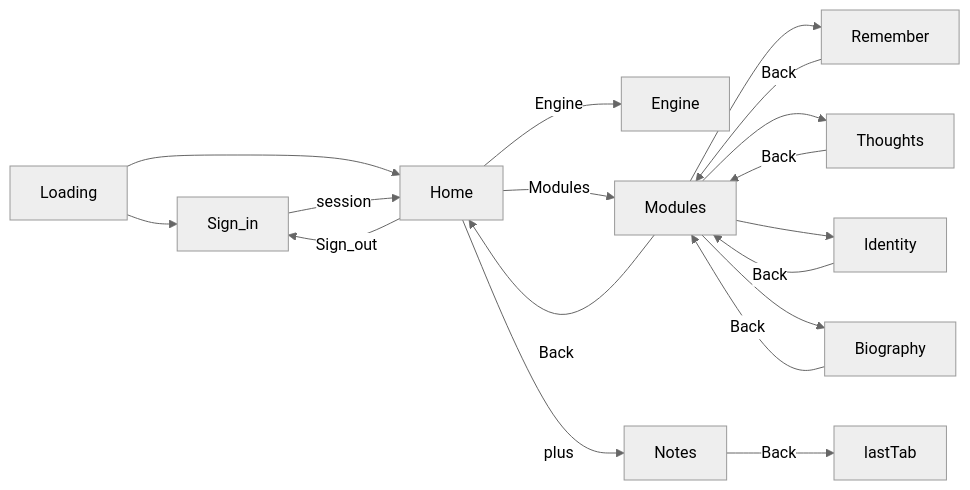
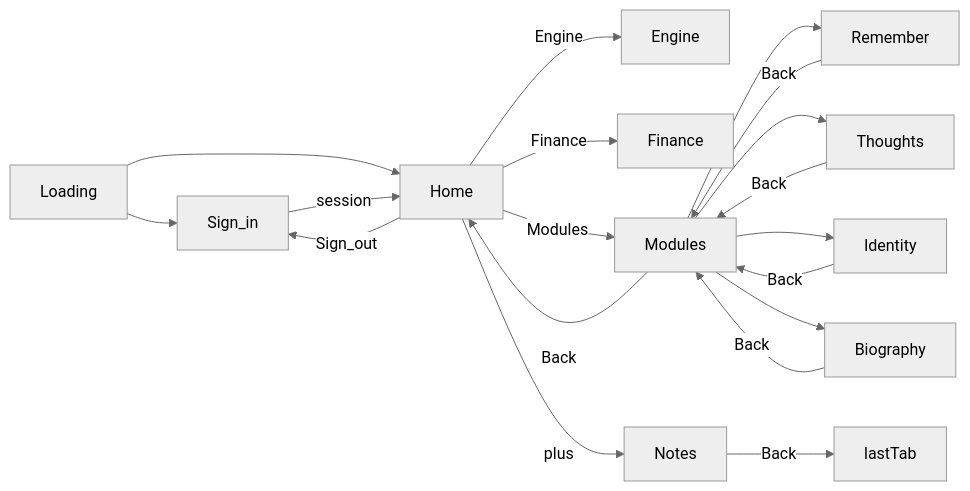
The third of 11 diagrams in docs/ARCHITECTURE.md (akgupta2002D/secondbrain2_0), drawn with Mermaid (neutral theme) before and after one commit. The commit also changed other lines of this file and 13 other files, not shown here.

````diff
--- a/docs/ARCHITECTURE.md
+++ b/docs/ARCHITECTURE.md
@@ -80,31 +82,33 @@
 ```mermaid
 flowchart LR
   boot[Loading]
   signin[Sign_in]
   home[Home]
   engine[Engine]
+  finance[Finance]
   modules[Modules]
   notes[Notes]
   remember[Remember]
   thoughts[Thoughts]
   identity[Identity]
   biography[Biography]
 
   boot --> signin
   boot --> home
   signin -->|session| home
   home -->|Sign_out| signin
   home -->|Engine| engine
+  home -->|Finance| finance
   home -->|Modules| modules
   home -->|plus| notes
   notes -->|Back| lastTab
   modules -->|Back| home
   modules --> remember
   modules --> thoughts
   modules --> identity
   modules --> biography
   remember -->|Back| modules
   thoughts -->|Back| modules
   identity -->|Back| modules
   biography -->|Back| modules
 ```
````
